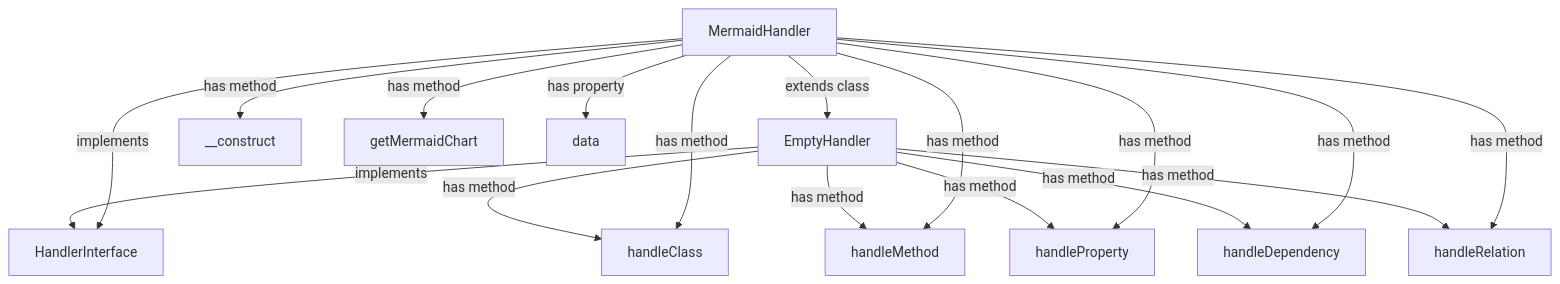
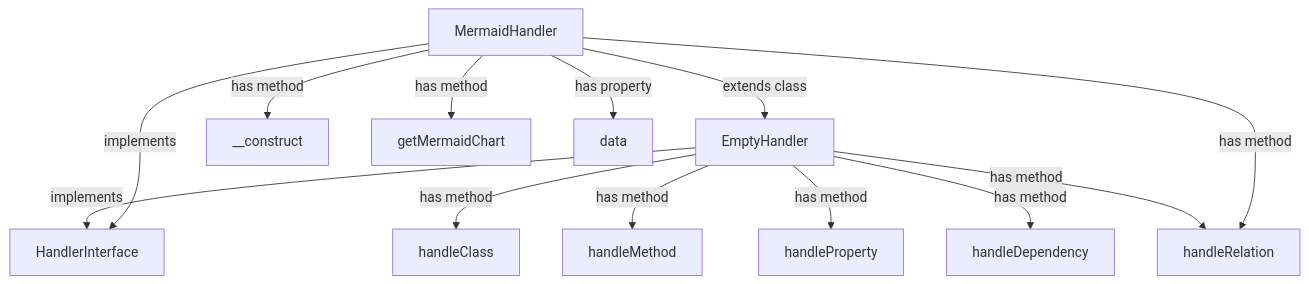
Before and after one commit to Adam314/phpgrapher: the diagram in README.md, drawn with Mermaid. The commit also changed 1 other file, not shown here.

Commit message:
Better handling inherited methods

````diff
--- a/README.md
+++ b/README.md
@@ -19,19 +19,15 @@
 ```mermaid
 flowchart TB
     MermaidHandler-->|extends class|EmptyHandler
     EmptyHandler-->|implements|HandlerInterface
     EmptyHandler-->|has method|handleClass
     EmptyHandler-->|has method|handleMethod
     EmptyHandler-->|has method|handleProperty
     EmptyHandler-->|has method|handleDependency
     EmptyHandler-->|has method|handleRelation
     MermaidHandler-->|implements|HandlerInterface
     MermaidHandler-->|has method|__construct
     MermaidHandler-->|has method|handleRelation
     MermaidHandler-->|has method|getMermaidChart
-    MermaidHandler-->|has method|handleClass
-    MermaidHandler-->|has method|handleMethod
-    MermaidHandler-->|has method|handleProperty
-    MermaidHandler-->|has method|handleDependency
     MermaidHandler-->|has property|data
 ```
````
